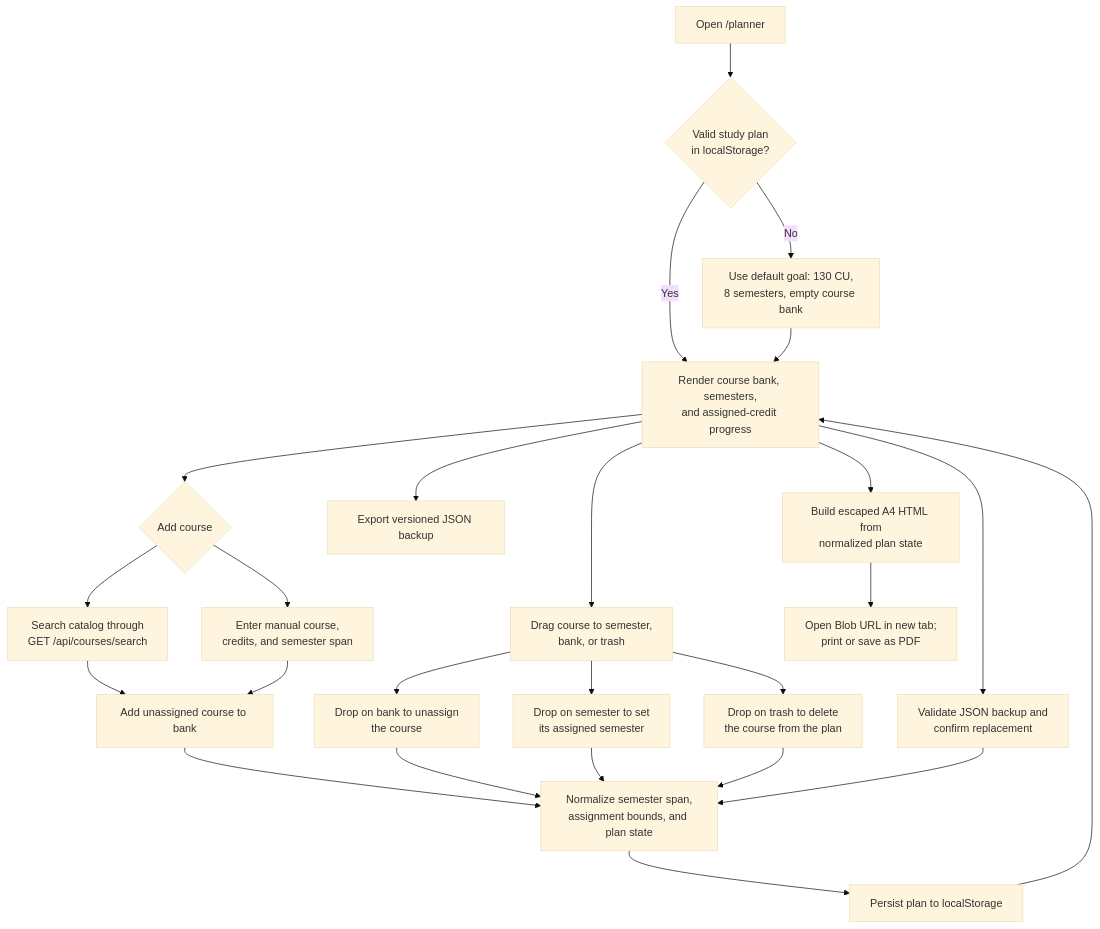
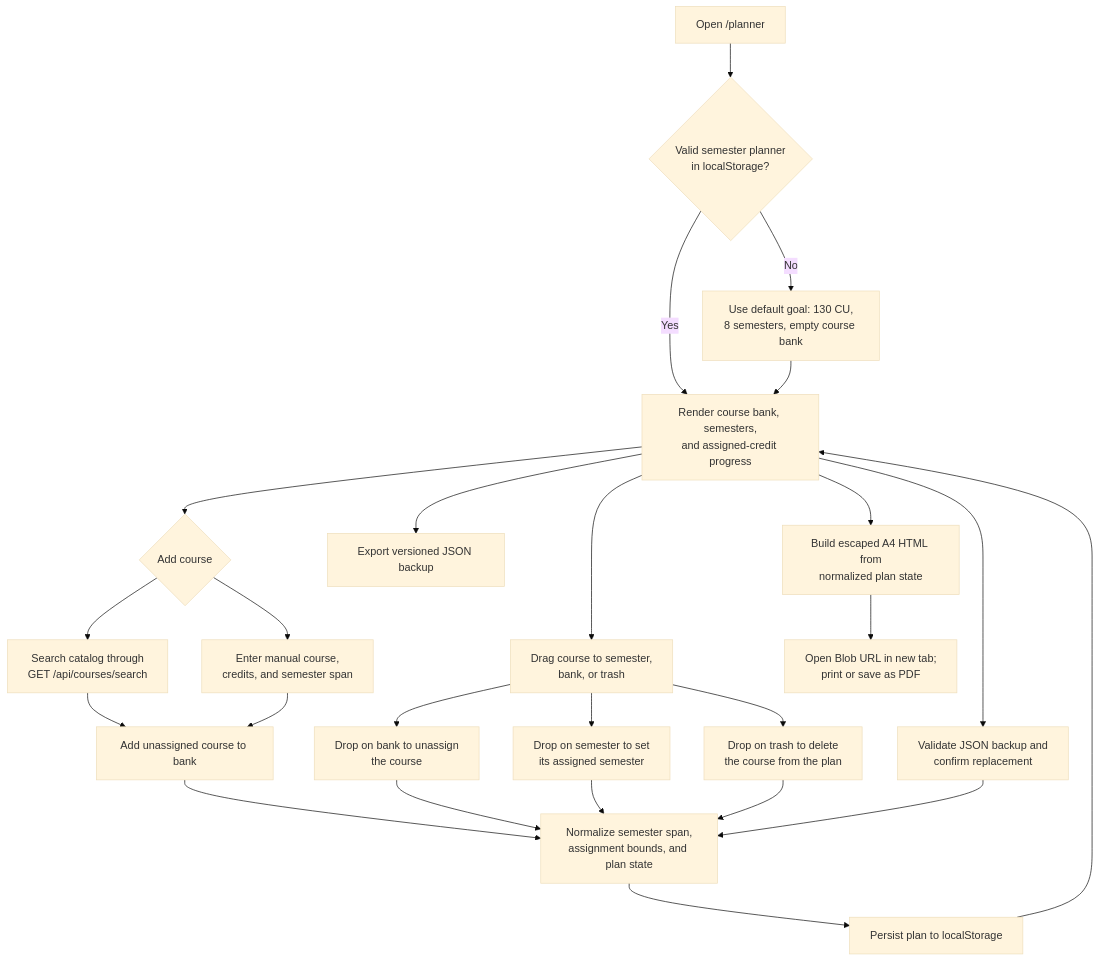
One commit to lester-td/SUSSplanner changed the fifth of 14 diagrams in docs/DeveloperGuide.md. Above: the diagram before and after it, drawn with Mermaid (base theme). The commit also changed other lines of this file and 3 other files, not shown here.

````diff
--- a/docs/DeveloperGuide.md
+++ b/docs/DeveloperGuide.md
@@ -616,46 +616,46 @@
 ```mermaid
 flowchart TD
     Open["Open /planner"]
-    Restore{"Valid study plan<br/>in localStorage?"}
+    Restore{"Valid semester planner<br/>in localStorage?"}
     Default["Use default goal: 130 CU,<br/>8 semesters, empty course bank"]
     Ready["Render course bank, semesters,<br/>and assigned-credit progress"]
     Add{"Add course"}
     Catalog["Search catalog through<br/>GET /api/courses/search"]
     Manual["Enter manual course,<br/>credits, and semester span"]
     Bank["Add unassigned course to bank"]
     Arrange["Drag course to semester,<br/>bank, or trash"]
     BankDrop["Drop on bank to unassign<br/>the course"]
     SemesterDrop["Drop on semester to set<br/>its assigned semester"]
     TrashDrop["Drop on trash to delete<br/>the course from the plan"]
     Normalize["Normalize semester span,<br/>assignment bounds, and plan state"]
     Persist["Persist plan to localStorage"]
     Export["Export versioned JSON backup"]
     Import["Validate JSON backup and<br/>confirm replacement"]
     Print["Build escaped A4 HTML from<br/>normalized plan state"]
     PrintTab["Open Blob URL in new tab;<br/>print or save as PDF"]
 
     Open --> Restore
     Restore -->|No| Default
     Restore -->|Yes| Ready
     Default --> Ready
     Ready --> Add
     Add --> Catalog
     Add --> Manual
     Catalog --> Bank
     Manual --> Bank
     Bank --> Normalize
     Ready --> Arrange
     Arrange --> BankDrop
     Arrange --> SemesterDrop
     Arrange --> TrashDrop
     BankDrop --> Normalize
     SemesterDrop --> Normalize
     TrashDrop --> Normalize
     Normalize --> Persist
     Persist --> Ready
     Ready --> Export
     Ready --> Import
     Import --> Normalize
     Ready --> Print
     Print --> PrintTab
 ```
````
